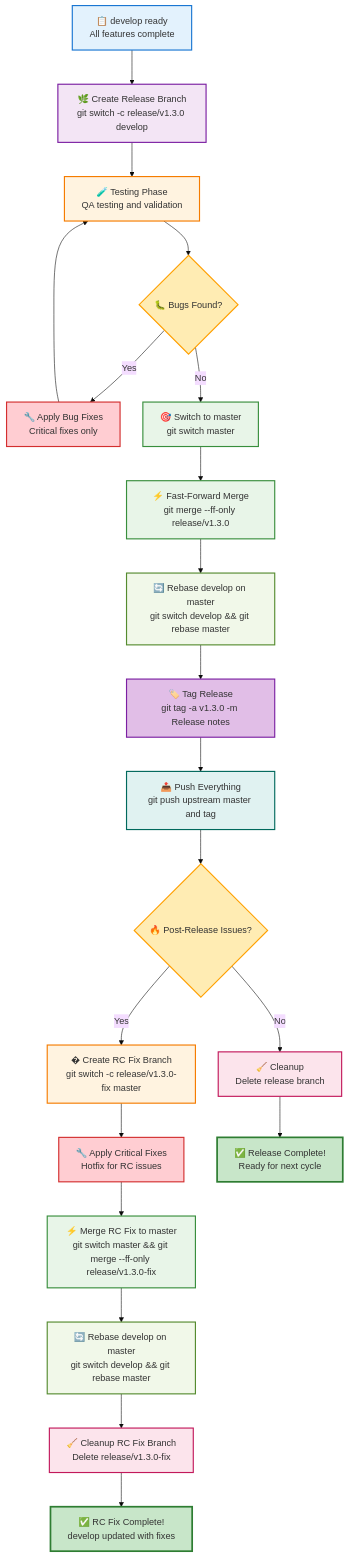
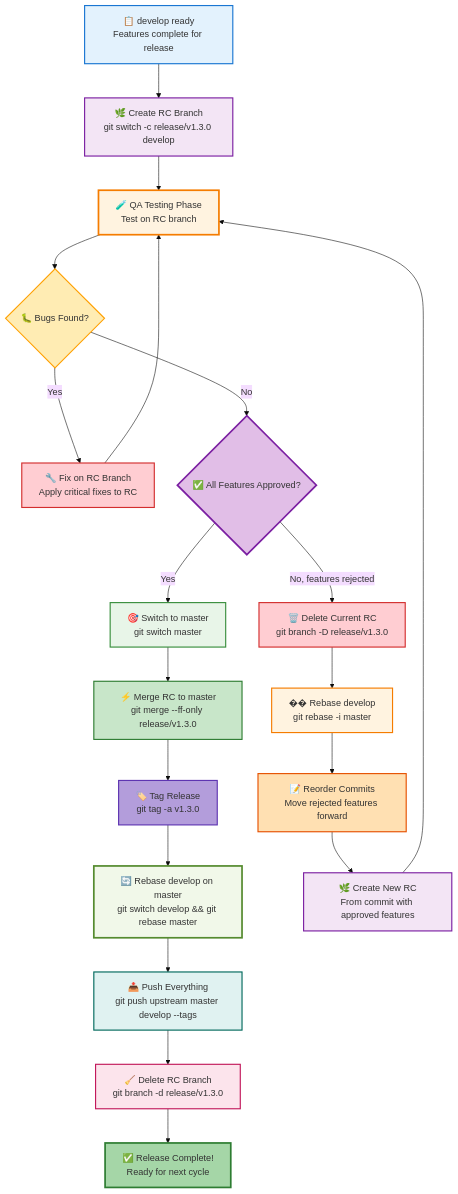
Before and after one commit to AnarManafov/GitWorkflow: the seventh of 12 diagrams in README.md, drawn with Mermaid. The commit also changed other lines of this file and 1 other file, not shown here.

First line of the commit message:
docs: refine release candidate workflow and add feature rejection use case

````diff
--- a/README.md
+++ b/README.md
@@ -917,49 +899,47 @@
 ```mermaid
 ---
 config:
   theme: 'base'
   flowchart:
     rankSpacing: 60
     nodeSpacing: 40
 ---
 flowchart TD
-    A[📋 develop ready<br/>All features complete] --> B[🌿 Create Release Branch<br/>git switch -c release/v1.3.0 develop]
-    B --> C[🧪 Testing Phase<br/>QA testing and validation]
+    A[📋 develop ready<br/>Features complete for release] --> B[🌿 Create RC Branch<br/>git switch -c release/v1.3.0 develop]
+    B --> C[🧪 QA Testing Phase<br/>Test on RC branch]
     C --> D{🐛 Bugs Found?}
-    D -->|Yes| E[🔧 Apply Bug Fixes<br/>Critical fixes only]
+    D -->|Yes| E[🔧 Fix on RC Branch<br/>Apply critical fixes to RC]
     E --> C
-    D -->|No| F[🎯 Switch to master<br/>git switch master]
-    F --> G[⚡ Fast-Forward Merge<br/>git merge --ff-only release/v1.3.0]
-    G --> H[🔄 Rebase develop on master<br/>git switch develop && git rebase master]
-    H --> I[🏷️ Tag Release<br/>git tag -a v1.3.0 -m Release notes]
-    I --> J[📤 Push Everything<br/>git push upstream master and tag]
-    J --> K{🔥 Post-Release Issues?}
-    K -->|Yes| L[� Create RC Fix Branch<br/>git switch -c release/v1.3.0-fix master]
-    L --> M[🔧 Apply Critical Fixes<br/>Hotfix for RC issues]
-    M --> N[⚡ Merge RC Fix to master<br/>git switch master && git merge --ff-only release/v1.3.0-fix]
-    N --> O[🔄 Rebase develop on master<br/>git switch develop && git rebase master]
-    O --> P[🧹 Cleanup RC Fix Branch<br/>Delete release/v1.3.0-fix]
-    P --> Q[✅ RC Fix Complete!<br/>develop updated with fixes]
-    K -->|No| R[🧹 Cleanup<br/>Delete release branch]
-    R --> S[✅ Release Complete!<br/>Ready for next cycle]
+    D -->|No| F{✅ All Features Approved?}
+    F -->|Yes| G[🎯 Switch to master<br/>git switch master]
+    G --> H[⚡ Merge RC to master<br/>git merge --ff-only release/v1.3.0]
+    H --> I[🏷️ Tag Release<br/>git tag -a v1.3.0]
+    I --> J[🔄 Rebase develop on master<br/>git switch develop && git rebase master]
+    J --> K[📤 Push Everything<br/>git push upstream master develop --tags]
+    K --> L[🧹 Delete RC Branch<br/>git branch -d release/v1.3.0]
+    L --> M[✅ Release Complete!<br/>Ready for next cycle]
+    
+    F -->|No, features rejected| N[🗑️ Delete Current RC<br/>git branch -D release/v1.3.0]
+    N --> O[�� Rebase develop<br/>git rebase -i master]
+    O --> P[📝 Reorder Commits<br/>Move rejected features forward]
+    P --> Q[🌿 Create New RC<br/>From commit with approved features]
+    Q --> C
     
     style A fill:#e3f2fd,stroke:#1976d2,stroke-width:2px
     style B fill:#f3e5f5,stroke:#7b1fa2,stroke-width:2px
-    style C fill:#fff3e0,stroke:#f57c00,stroke-width:2px
+    style C fill:#fff3e0,stroke:#f57c00,stroke-width:3px
     style D fill:#ffecb3,stroke:#ffa000,stroke-width:2px
     style E fill:#ffcdd2,stroke:#d32f2f,stroke-width:2px
-    style F fill:#e8f5e8,stroke:#388e3c,stroke-width:2px
+    style F fill:#e1bee7,stroke:#7b1fa2,stroke-width:3px
     style G fill:#e8f5e8,stroke:#388e3c,stroke-width:2px
-    style H fill:#f1f8e9,stroke:#558b2f,stroke-width:2px
-    style I fill:#e1bee7,stroke:#7b1fa2,stroke-width:2px
-    style J fill:#e0f2f1,stroke:#00695c,stroke-width:2px
-    style K fill:#ffecb3,stroke:#ffa000,stroke-width:2px
-    style L fill:#fff3e0,stroke:#f57c00,stroke-width:2px
-    style M fill:#ffcdd2,stroke:#d32f2f,stroke-width:2px
-    style N fill:#e8f5e8,stroke:#388e3c,stroke-width:2px
-    style O fill:#f1f8e9,stroke:#558b2f,stroke-width:2px
-    style P fill:#fce4ec,stroke:#c2185b,stroke-width:2px
-    style Q fill:#c8e6c9,stroke:#2e7d32,stroke-width:3px
-    style R fill:#fce4ec,stroke:#c2185b,stroke-width:2px
-    style S fill:#c8e6c9,stroke:#2e7d32,stroke-width:3px
+    style H fill:#c8e6c9,stroke:#2e7d32,stroke-width:2px
+    style I fill:#b39ddb,stroke:#5e35b1,stroke-width:2px
+    style J fill:#f1f8e9,stroke:#558b2f,stroke-width:3px
+    style K fill:#e0f2f1,stroke:#00695c,stroke-width:2px
+    style L fill:#fce4ec,stroke:#c2185b,stroke-width:2px
+    style M fill:#a5d6a7,stroke:#2e7d32,stroke-width:3px
+    style N fill:#ffcdd2,stroke:#d32f2f,stroke-width:2px
+    style O fill:#fff3e0,stroke:#f57c00,stroke-width:2px
+    style P fill:#ffe0b2,stroke:#e65100,stroke-width:2px
+    style Q fill:#f3e5f5,stroke:#7b1fa2,stroke-width:2px
 ```
````
